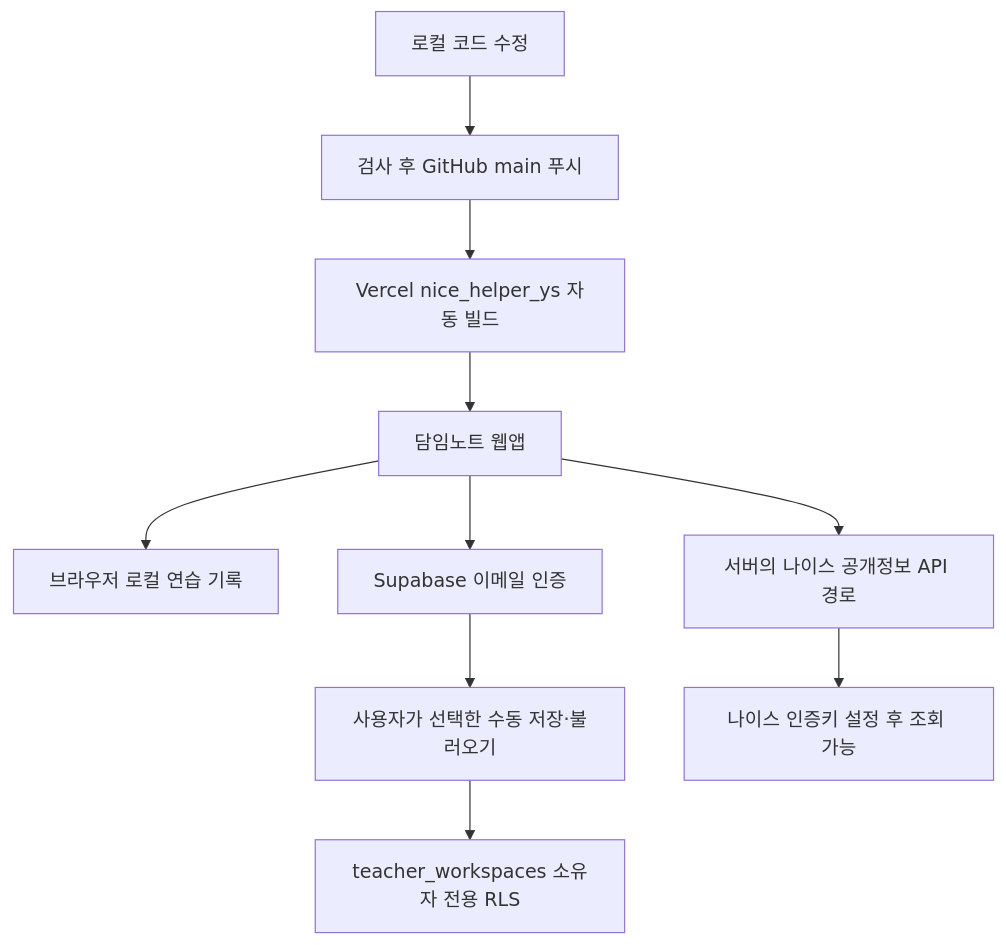
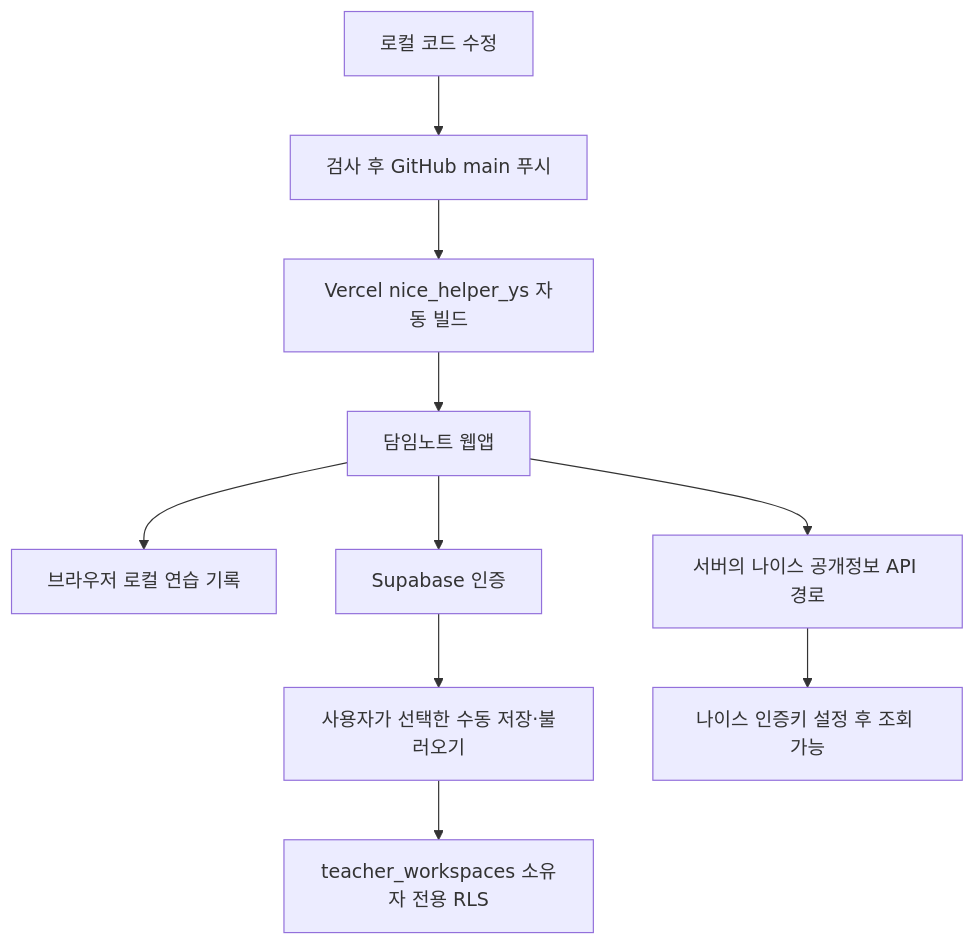
Before and after one commit to gmlduqzhd-eng/Nice: the diagram in docs/DEPLOYMENT.md, drawn with Mermaid. The commit also changed other lines of this file and 20 other files, not shown here.

````diff
--- a/docs/DEPLOYMENT.md
+++ b/docs/DEPLOYMENT.md
@@ -23,12 +23,12 @@
 ```mermaid
 flowchart TD
     A[로컬 코드 수정] --> B[검사 후 GitHub main 푸시]
     B --> C[Vercel nice_helper_ys 자동 빌드]
     C --> D[담임노트 웹앱]
     D --> E[브라우저 로컬 연습 기록]
-    D --> F[Supabase 이메일 인증]
+    D --> F[Supabase 인증]
     F --> G[사용자가 선택한 수동 저장·불러오기]
     G --> H[teacher_workspaces 소유자 전용 RLS]
     D --> I[서버의 나이스 공개정보 API 경로]
     I --> J[나이스 인증키 설정 후 조회 가능]
 ```
````
